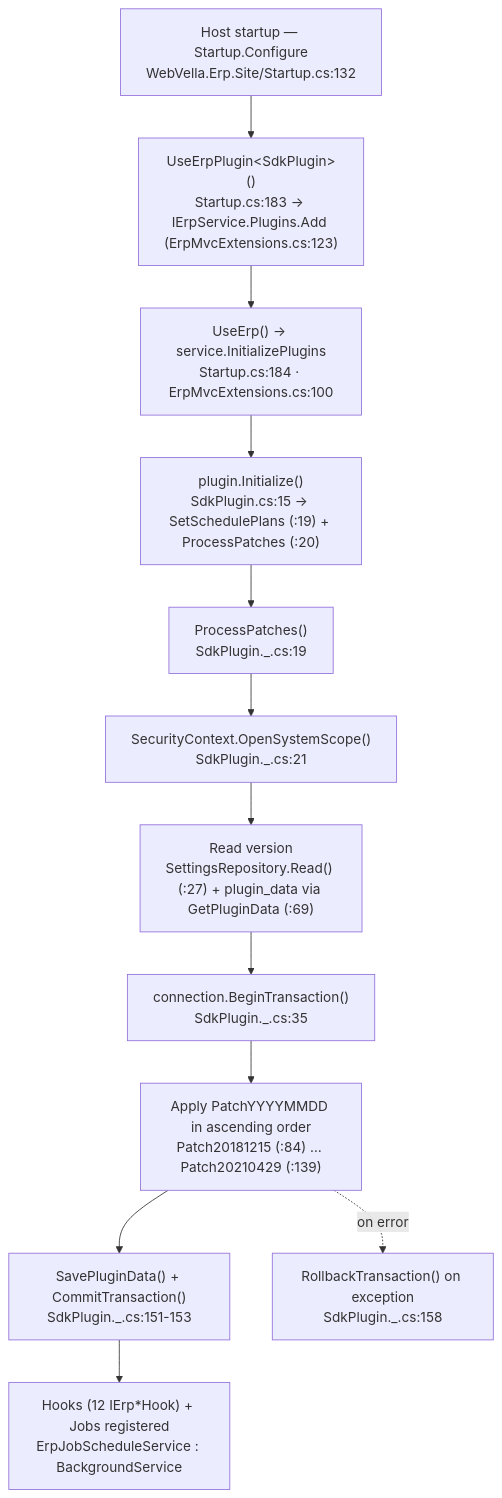
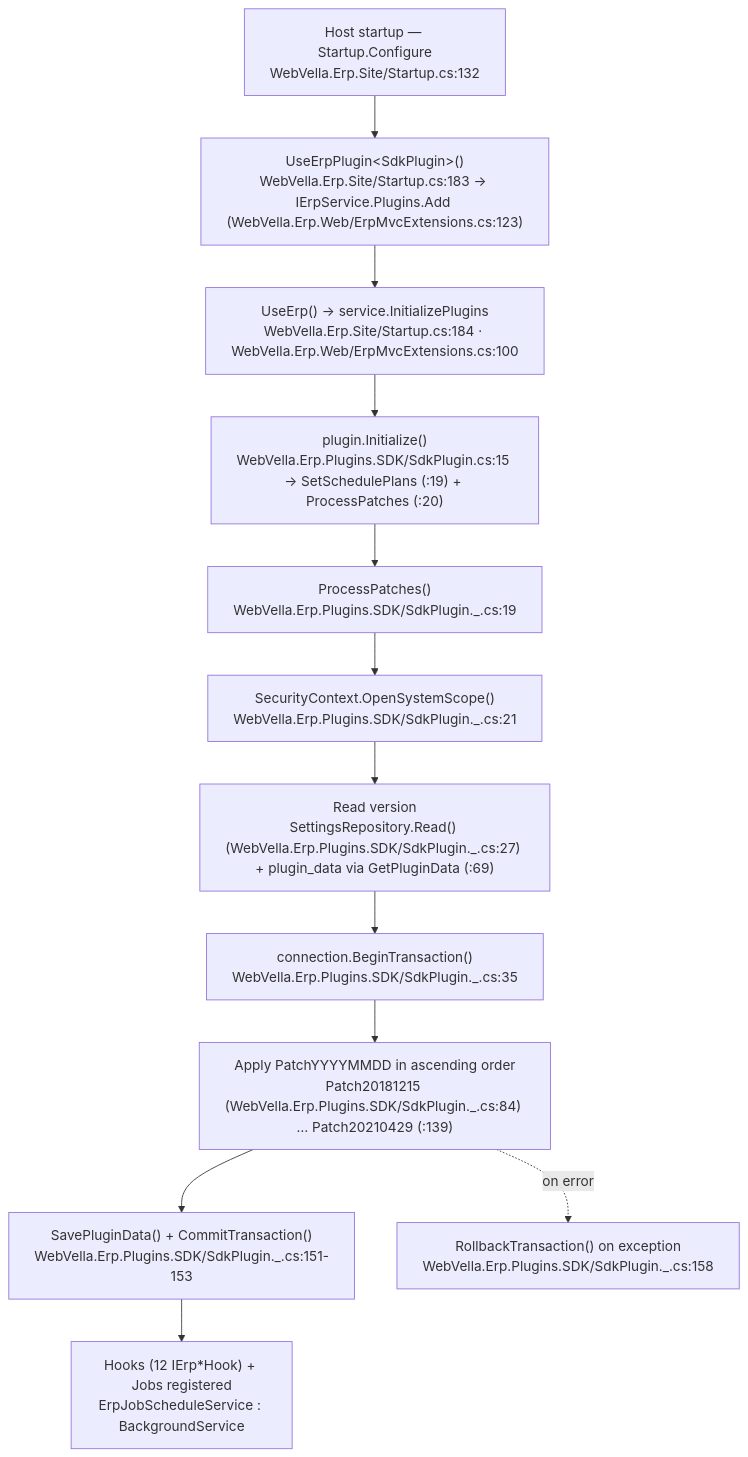
One commit to blitzy-public-samples/blitzy-WebVella-ERP changed the third of 3 diagrams in docs/reverse-engineering/architecture.md. Above: the diagram before and after it, drawn with Mermaid. The commit also changed other lines of this file and 3 other files, not shown here.

````diff
--- a/docs/reverse-engineering/architecture.md
+++ b/docs/reverse-engineering/architecture.md
@@ -322,18 +323,18 @@
 ```mermaid
 flowchart TD
     Start["Host startup — Startup.Configure<br/>WebVella.Erp.Site/Startup.cs:132"]
-    Reg["UseErpPlugin&lt;SdkPlugin&gt;()<br/>Startup.cs:183 → IErpService.Plugins.Add (ErpMvcExtensions.cs:123)"]
-    UseErp["UseErp() → service.InitializePlugins<br/>Startup.cs:184 · ErpMvcExtensions.cs:100"]
-    Init["plugin.Initialize()<br/>SdkPlugin.cs:15 → SetSchedulePlans (:19) + ProcessPatches (:20)"]
-    PP["ProcessPatches()<br/>SdkPlugin._.cs:19"]
-    Scope["SecurityContext.OpenSystemScope()<br/>SdkPlugin._.cs:21"]
-    Ver["Read version<br/>SettingsRepository.Read() (:27) + plugin_data via GetPluginData (:69)"]
-    Tx["connection.BeginTransaction()<br/>SdkPlugin._.cs:35"]
-    Patch["Apply PatchYYYYMMDD in ascending order<br/>Patch20181215 (:84) … Patch20210429 (:139)"]
-    Save["SavePluginData() + CommitTransaction()<br/>SdkPlugin._.cs:151-153"]
+    Reg["UseErpPlugin&lt;SdkPlugin&gt;()<br/>WebVella.Erp.Site/Startup.cs:183 → IErpService.Plugins.Add (WebVella.Erp.Web/ErpMvcExtensions.cs:123)"]
+    UseErp["UseErp() → service.InitializePlugins<br/>WebVella.Erp.Site/Startup.cs:184 · WebVella.Erp.Web/ErpMvcExtensions.cs:100"]
+    Init["plugin.Initialize()<br/>WebVella.Erp.Plugins.SDK/SdkPlugin.cs:15 → SetSchedulePlans (:19) + ProcessPatches (:20)"]
+    PP["ProcessPatches()<br/>WebVella.Erp.Plugins.SDK/SdkPlugin._.cs:19"]
+    Scope["SecurityContext.OpenSystemScope()<br/>WebVella.Erp.Plugins.SDK/SdkPlugin._.cs:21"]
+    Ver["Read version<br/>SettingsRepository.Read() (WebVella.Erp.Plugins.SDK/SdkPlugin._.cs:27) + plugin_data via GetPluginData (:69)"]
+    Tx["connection.BeginTransaction()<br/>WebVella.Erp.Plugins.SDK/SdkPlugin._.cs:35"]
+    Patch["Apply PatchYYYYMMDD in ascending order<br/>Patch20181215 (WebVella.Erp.Plugins.SDK/SdkPlugin._.cs:84) … Patch20210429 (:139)"]
+    Save["SavePluginData() + CommitTransaction()<br/>WebVella.Erp.Plugins.SDK/SdkPlugin._.cs:151-153"]
     HJ["Hooks (12 IErp*Hook) + Jobs registered<br/>ErpJobScheduleService : BackgroundService"]
-    Rollback["RollbackTransaction() on exception<br/>SdkPlugin._.cs:158"]
+    Rollback["RollbackTransaction() on exception<br/>WebVella.Erp.Plugins.SDK/SdkPlugin._.cs:158"]
 
     Start --> Reg --> UseErp --> Init --> PP --> Scope --> Ver --> Tx --> Patch --> Save --> HJ
     Patch -. on error .-> Rollback
 ```
````
